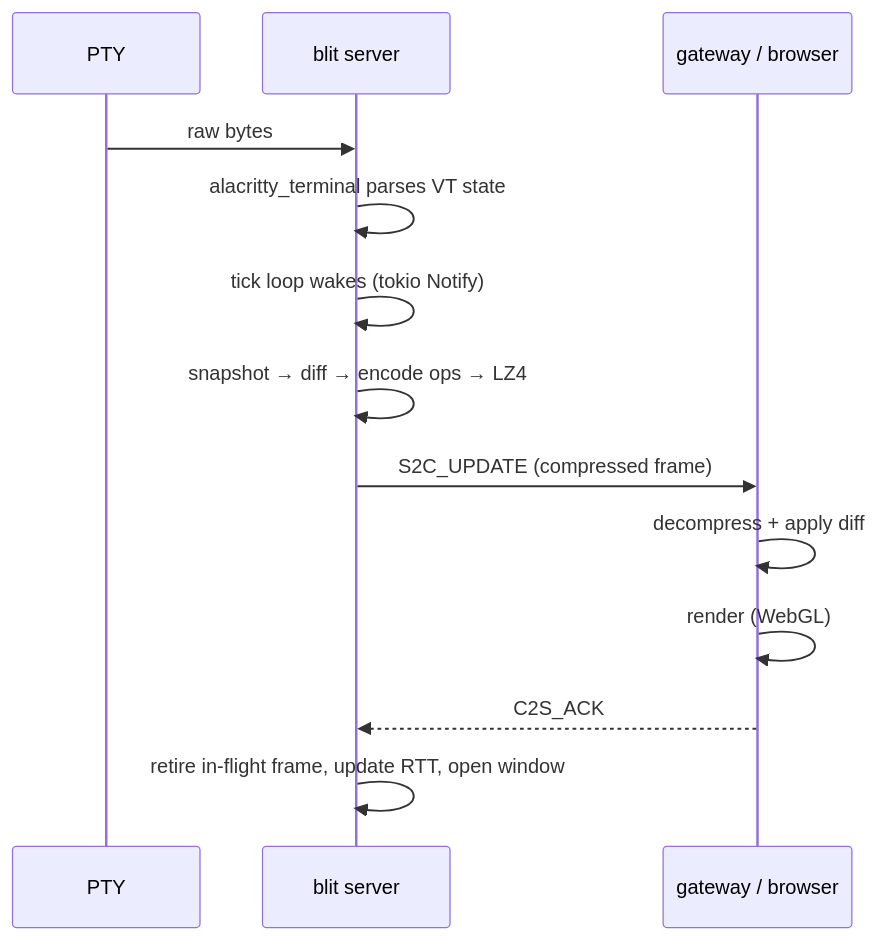
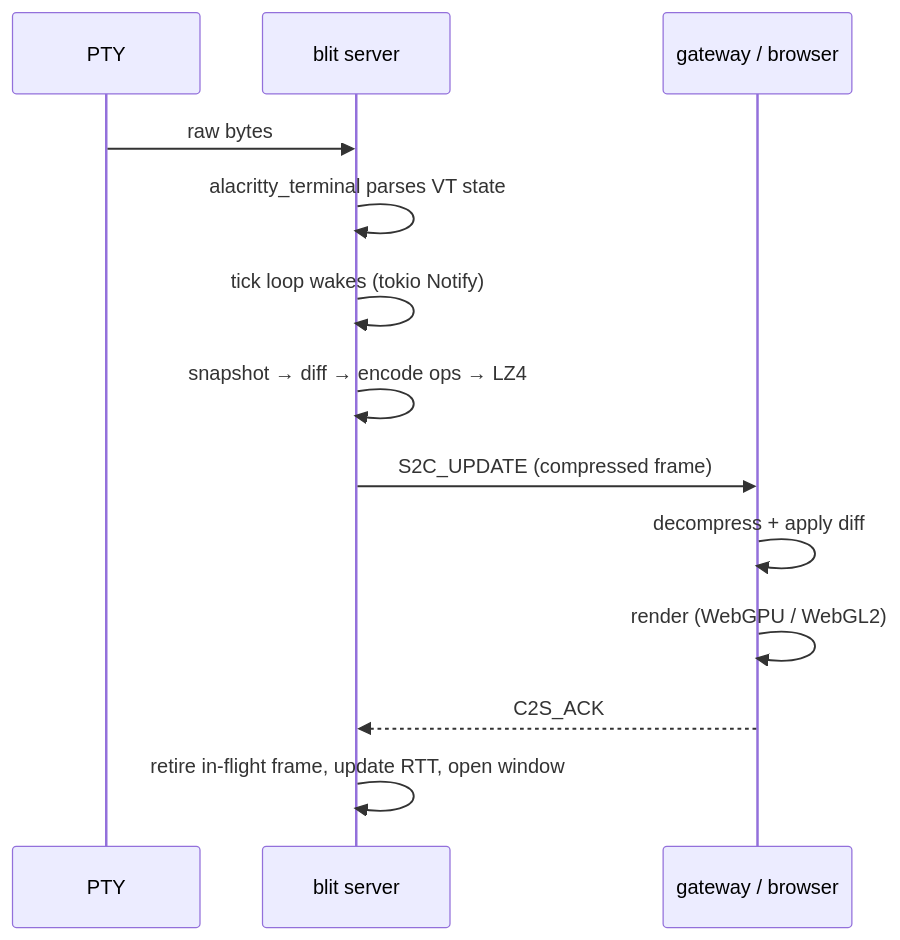
One commit to indent-com/blit changed the first of 4 diagrams in docs/server.md. Above: the diagram before and after it, drawn with Mermaid. The commit also changed other lines of this file and 131 other files, not shown here.

````diff
--- a/docs/server.md
+++ b/docs/server.md
@@ -108,16 +109,16 @@
 ```mermaid
 sequenceDiagram
     participant PTY
     participant Server as blit server
     participant Client as gateway / browser
 
     PTY->>Server: raw bytes
     Server->>Server: alacritty_terminal parses VT state
     Server->>Server: tick loop wakes (tokio Notify)
     Server->>Server: snapshot → diff → encode ops → LZ4
     Server->>Client: S2C_UPDATE (compressed frame)
     Client->>Client: decompress + apply diff
-    Client->>Client: render (WebGL)
+    Client->>Client: render (WebGPU / WebGL2)
     Client-->>Server: C2S_ACK
     Server->>Server: retire in-flight frame, update RTT, open window
 ```
````
